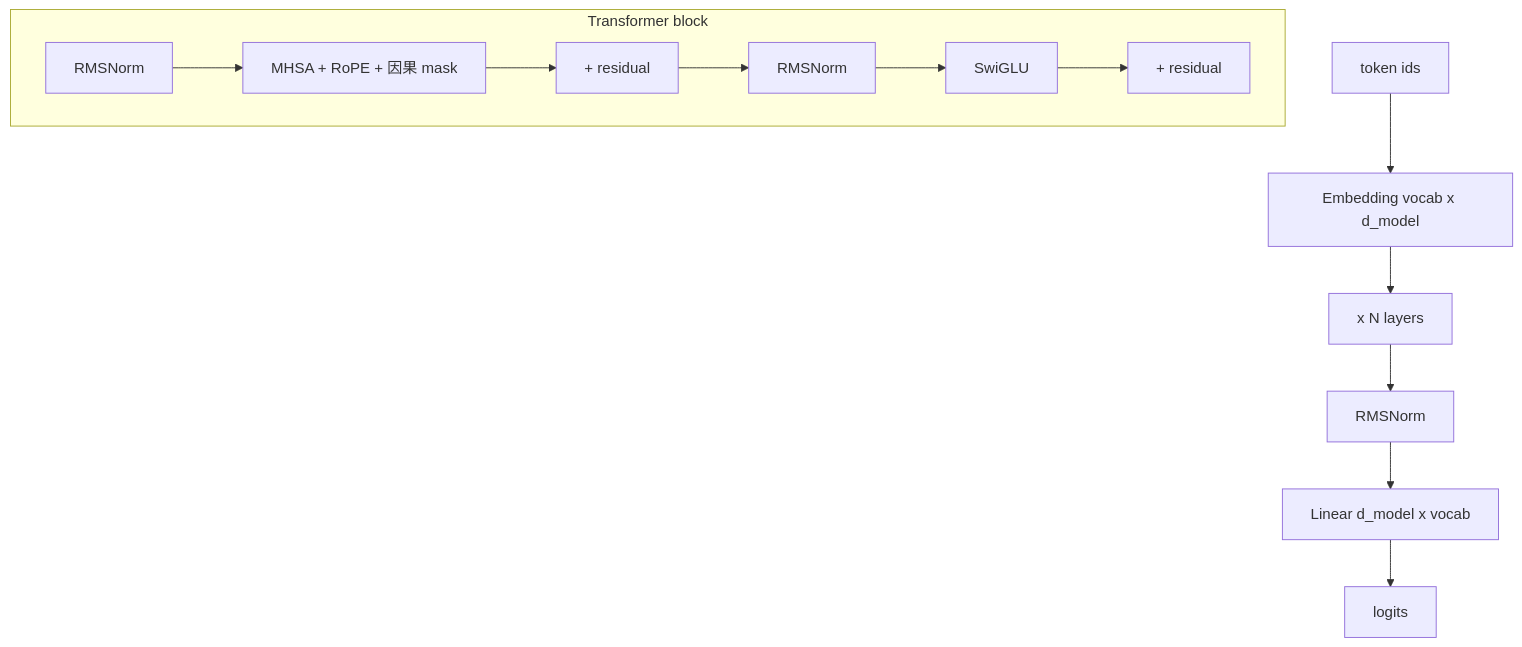
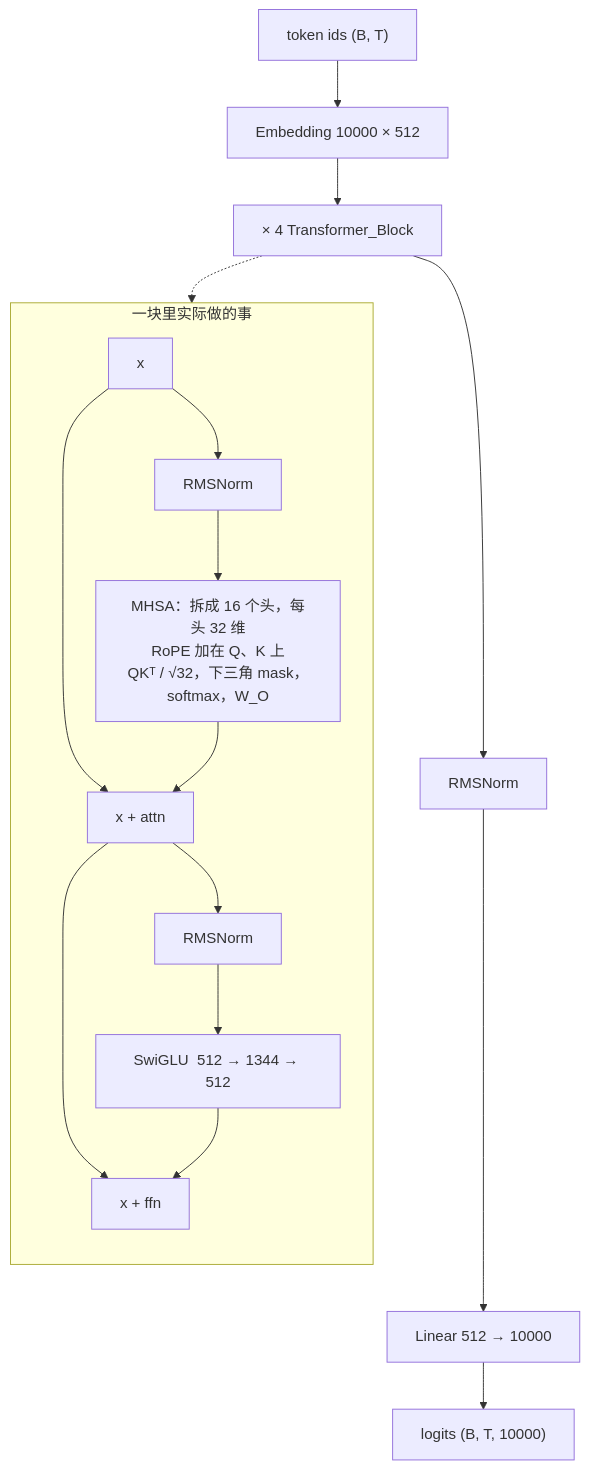
The diagram in README.md (SatakaGintoki/My-miniGPT), drawn with Mermaid before and after one commit. The commit also changed other lines of this file, not shown here.

Commit message:
Rewrite the architecture section and credit AI help on README and debugging.
src/ stays handwritten; the README now says so instead of claiming no AI was used at all.

````diff
--- a/README.md
+++ b/README.md
@@ -114,15 +128,22 @@
 ```mermaid
 flowchart TD
-    ids[token ids] --> emb[Embedding vocab x d_model]
-    emb --> b1[x N layers]
-    subgraph layer [Transformer block]
-      n1[RMSNorm] --> attn[MHSA + RoPE + 因果 mask]
-      attn --> add1["+ residual"]
-      add1 --> n2[RMSNorm]
-      n2 --> ffn[SwiGLU]
-      ffn --> add2["+ residual"]
+    ids["token ids  (B, T)"] --> emb["Embedding  10000 × 512"]
+    emb --> blk["× 4  Transformer_Block"]
+
+    subgraph one ["一块里实际做的事"]
+      direction TB
+      x0["x"] --> n1["RMSNorm"]
+      n1 --> attn["MHSA：拆成 16 个头，每头 32 维<br/>RoPE 加在 Q、K 上<br/>QKᵀ / √32，下三角 mask，softmax，W_O"]
+      x0 --> add1["x + attn"]
+      attn --> add1
+      add1 --> n2["RMSNorm"]
+      n2 --> ffn["SwiGLU  512 → 1344 → 512"]
+      add1 --> add2["x + ffn"]
+      ffn --> add2
     end
-    b1 --> nf[RMSNorm]
-    nf --> head[Linear d_model x vocab]
-    head --> logits[logits]
+
+    blk -.-> one
+    blk --> nf["RMSNorm"]
+    nf --> head["Linear  512 → 10000"]
+    head --> logits["logits  (B, T, 10000)"]
 ```
````
